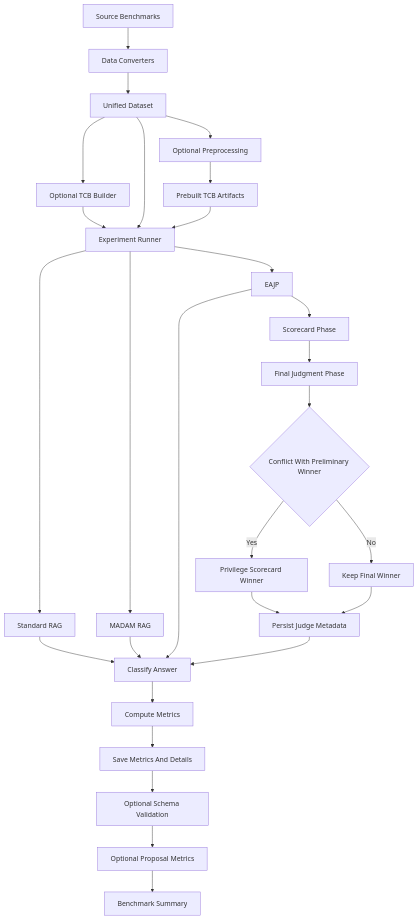
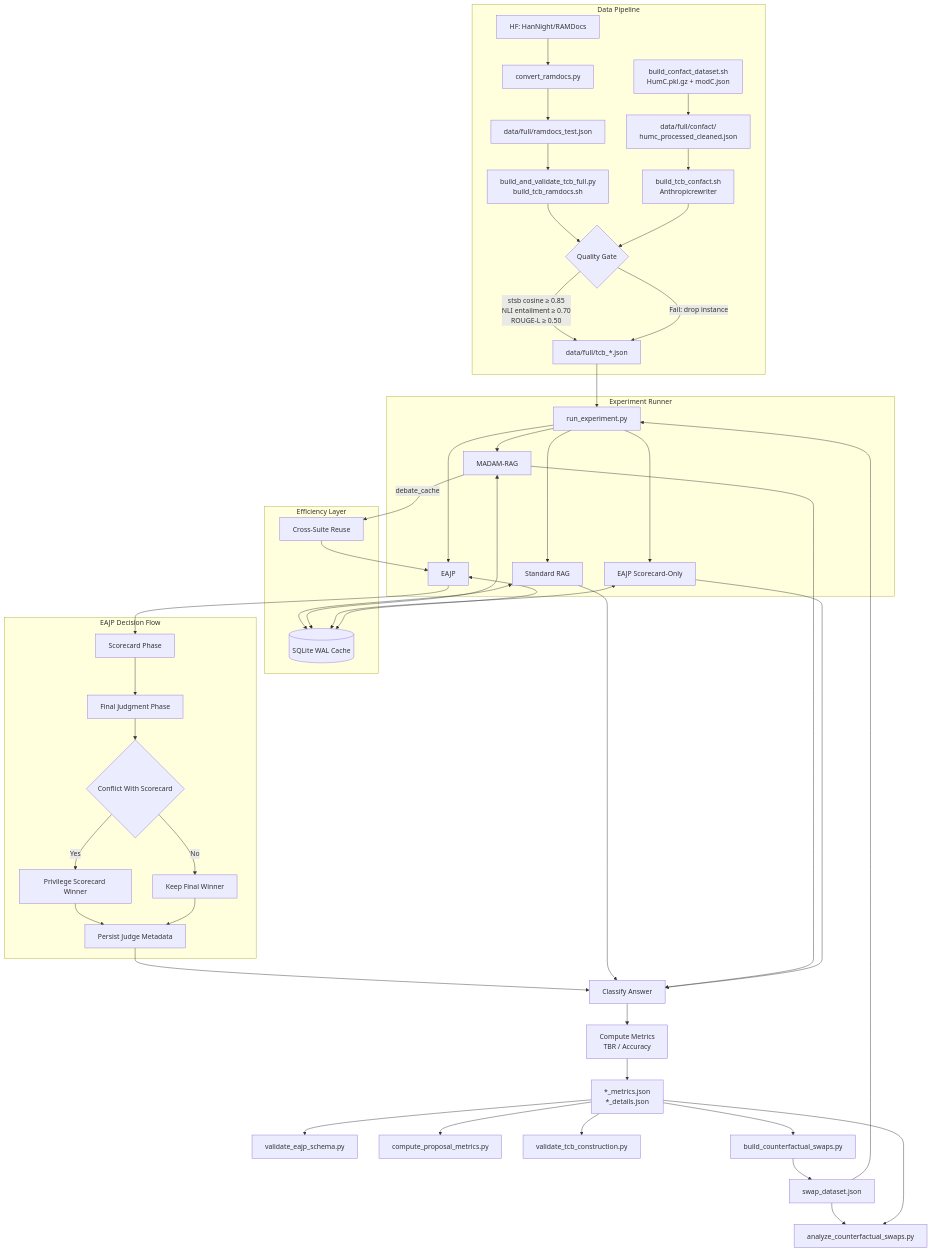
One commit to samlee1688/llms_final_project changed the first of 2 diagrams in README.md. Above: the diagram before and after it, drawn with Mermaid. The commit also changed other lines of this file and 65 other files, not shown here.

````diff
--- a/README.md
+++ b/README.md
@@ -29,33 +31,56 @@
 ```mermaid
 flowchart TD
-  A[Source Benchmarks] --> B[Data Converters]
-  B --> C[Unified Dataset]
-  C --> P[Optional Preprocessing]
-  P --> C2[Prebuilt TCB Artifacts]
-  C --> D[Optional TCB Builder]
-  D --> E[Experiment Runner]
-  C --> E
-  C2 --> E
+  subgraph Data["Data Pipeline"]
+    A1[HF: HanNight/RAMDocs] --> C1[convert_ramdocs.py]
+    C1 --> D[data/full/ramdocs_test.json]
+    A2[build_confact_dataset.sh\nHumC.pkl.gz + modC.json] --> D2[data/full/confact/\nhumc_processed_cleaned.json]
+    D --> TCB[build_and_validate_tcb_full.py\nbuild_tcb_ramdocs.sh]
+    D2 --> TCB2[build_tcb_confact.sh\nAnthropicrewriter]
+    TCB --> QV{Quality Gate}
+    TCB2 --> QV
+    QV -->|stsb cosine ≥ 0.85\nNLI entailment ≥ 0.70\nROUGE-L ≥ 0.50| TCBOK[data/full/tcb_*.json]
+    QV -->|Fail: drop instance| TCBOK
+  end
 
-  E --> F1[Standard RAG]
-  E --> F2[MADAM RAG]
-  E --> F3[EAJP]
+  subgraph Experiments["Experiment Runner"]
+    TCBOK --> R[run_experiment.py]
+    R --> S1[Standard RAG]
+    R --> S2[MADAM-RAG]
+    R --> S3[EAJP Scorecard-Only]
+    R --> S4[EAJP]
+  end
 
-  F3 --> J1[Scorecard Phase]
-  J1 --> J2[Final Judgment Phase]
-  J2 --> J3{Conflict With Preliminary Winner}
-  J3 -->|Yes| J4[Privilege Scorecard Winner]
-  J3 -->|No| J5[Keep Final Winner]
-  J4 --> J6[Persist Judge Metadata]
-  J5 --> J6
+  subgraph Cache["Efficiency Layer"]
+    SQLC[(SQLite WAL Cache)]
+    S1 <--> SQLC
+    S2 <--> SQLC
+    S3 <--> SQLC
+    S4 <--> SQLC
+    S2 -->|debate_cache| CROSS[Cross-Suite Reuse]
+    CROSS --> S4
+  end
 
-  F1 --> H1[Classify Answer]
-  F2 --> H1
-  F3 --> H1
-  J6 --> H1
-  H1 --> H2[Compute Metrics]
-  H2 --> H3[Save Metrics And Details]
-  H3 --> H4[Optional Schema Validation]
-  H4 --> H5[Optional Proposal Metrics]
-  H5 --> H6[Benchmark Summary]
+  subgraph EAJP_Flow["EAJP Decision Flow"]
+    S4 --> J1[Scorecard Phase]
+    J1 --> J2[Final Judgment Phase]
+    J2 --> J3{Conflict With Scorecard}
+    J3 -->|Yes| J4[Privilege Scorecard Winner]
+    J3 -->|No| J5[Keep Final Winner]
+    J4 & J5 --> J6[Persist Judge Metadata]
+  end
+
+  J6 --> M[Classify Answer]
+  S1 --> M
+  S2 --> M
+  S3 --> M
+  M --> Metrics[Compute Metrics\nTBR / Accuracy]
+  Metrics --> Out[*_metrics.json\n*_details.json]
+  Out --> VAL[validate_eajp_schema.py]
+  Out --> PROP[compute_proposal_metrics.py]
+  Out --> VTCB[validate_tcb_construction.py]
+  Out --> BCS[build_counterfactual_swaps.py]
+  BCS --> SwapDS[swap_dataset.json]
+  SwapDS --> R
+  SwapDS --> ACS[analyze_counterfactual_swaps.py]
+  Out --> ACS
 ```
````
